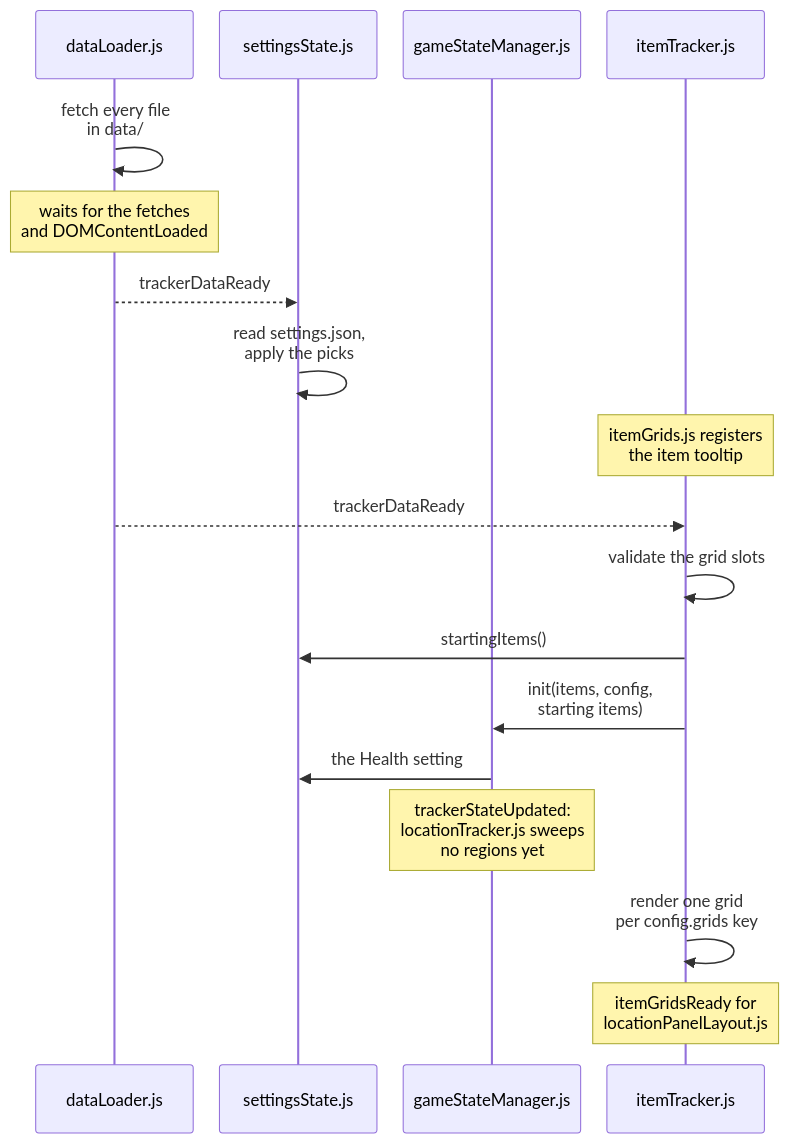
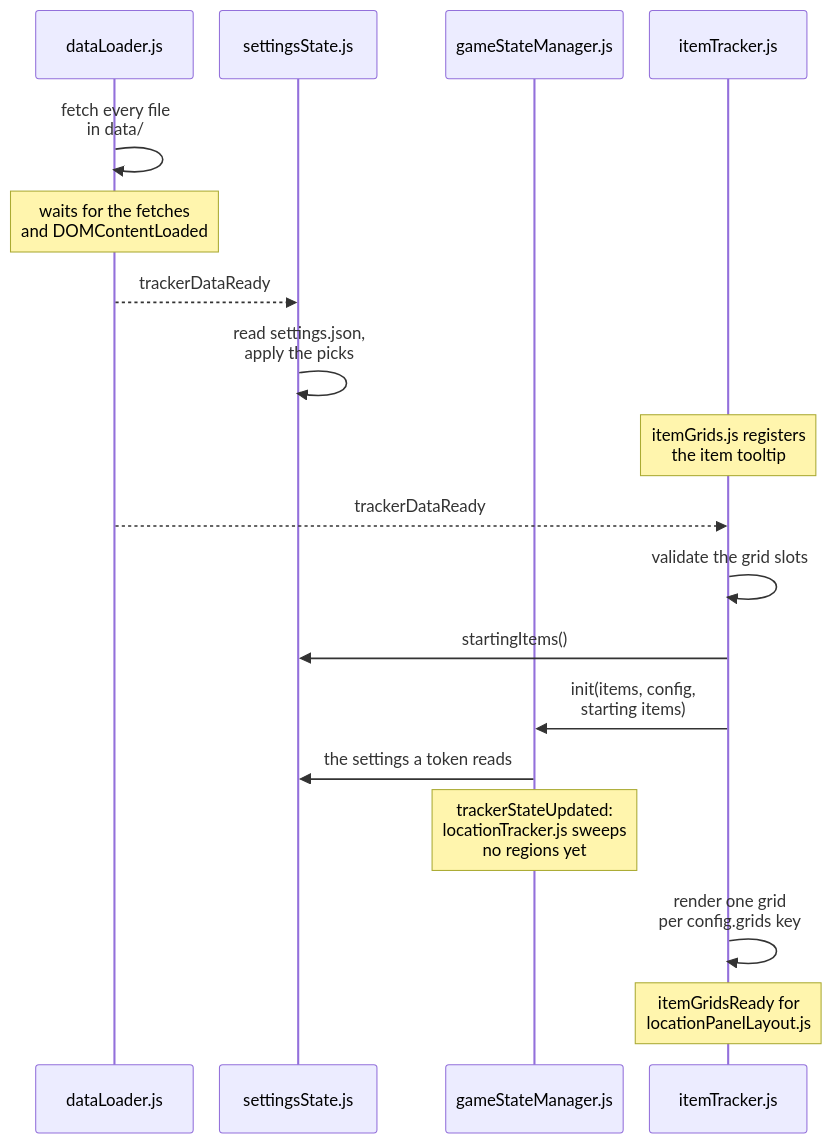
Before and after one commit to GonzaloJMora/mm3drTracker: diagram 11 of 15 in documentation/architecture-diagram.md, drawn with Mermaid. The commit also changed other lines of this file and 78 other files, not shown here.

````diff
--- a/documentation/architecture-diagram.md
+++ b/documentation/architecture-diagram.md
@@ -322,22 +329,22 @@
 ```mermaid
 %%{init: {"sequence": {"actorMargin": 25}}}%%
 sequenceDiagram
     participant DL as dataLoader.js
     participant SS as settingsState.js
     participant GSM as gameStateManager.js
     participant IT as itemTracker.js
 
     DL->>DL: fetch every file<br/>in data/
     Note over DL: waits for the fetches<br/>and DOMContentLoaded
     DL-->>SS: trackerDataReady
     SS->>SS: read settings.json,<br/>apply the picks
     Note over IT: itemGrids.js registers<br/>the item tooltip
     DL-->>IT: trackerDataReady
     IT->>IT: validate the grid slots
     IT->>SS: startingItems()
     IT->>GSM: init(items, config,<br/>starting items)
-    GSM->>SS: the Health setting
+    GSM->>SS: the settings a token reads
     Note over GSM: trackerStateUpdated:<br/>locationTracker.js sweeps<br/>no regions yet
     IT->>IT: render one grid<br/>per config.grids key
     Note over IT: itemGridsReady for<br/>locationPanelLayout.js
 ```
````
